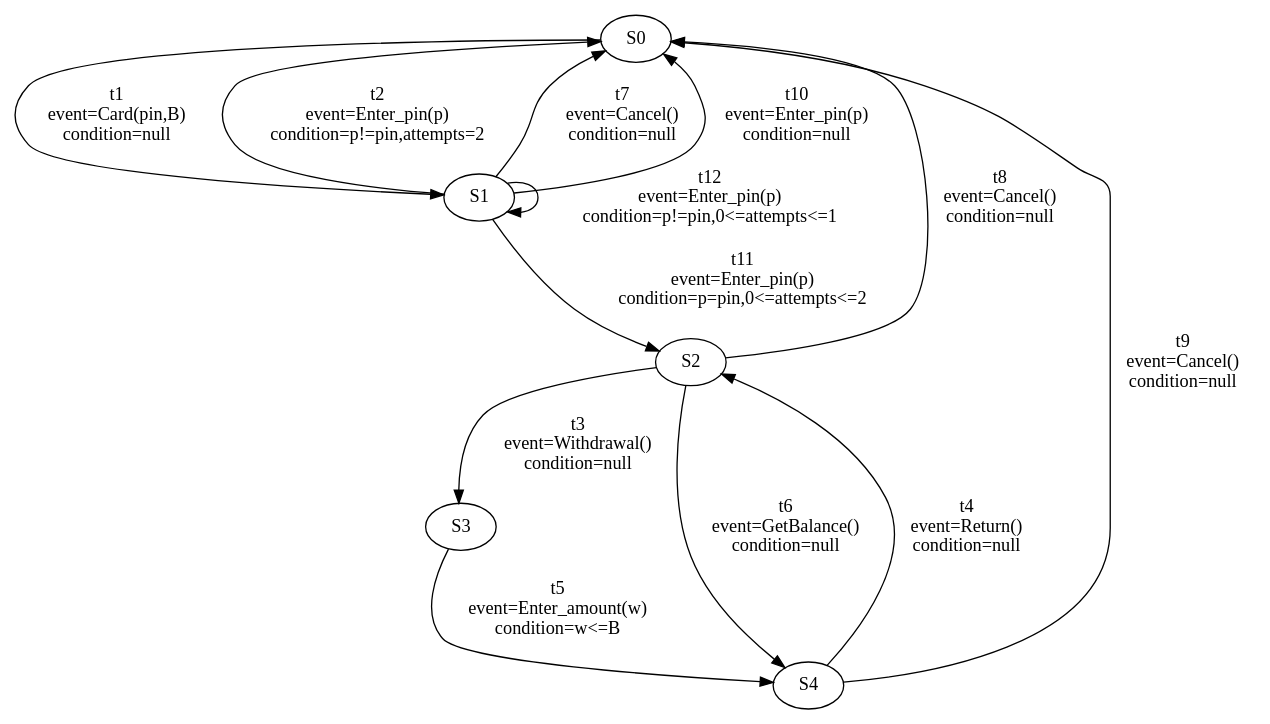
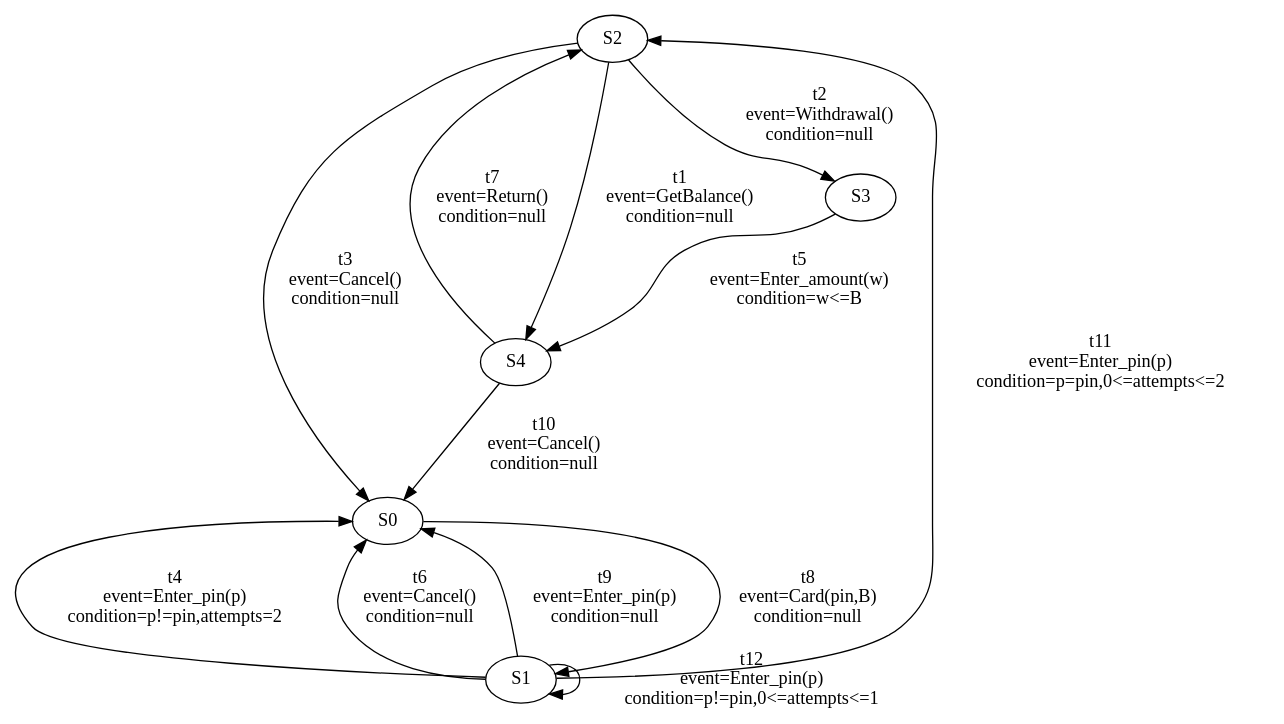
Before and after one commit to Catxiaobai/project: the diagram in server/file/result.dot, drawn with Graphviz. The commit also changed 47 other files, not shown here.

```diff
--- a/server/file/result.dot
+++ b/server/file/result.dot
@@ -1,38 +1,38 @@
 digraph g {
- S0 -> S1 [ label="t1
-event=Card(pin,B)
+ S2 -> S4 [ label="t1
+event=GetBalance()
 condition=null" ];
- S1 -> S0 [ label="t2
+ S2 -> S3 [ label="t2
+event=Withdrawal()
+condition=null" ];
+ S2 -> S0 [ label="t3
+event=Cancel()
+condition=null" ];
+ S1 -> S0 [ label="t4
 event=Enter_pin(p)
 condition=p!=pin,attempts=2" ];
- S2 -> S3 [ label="t3
-event=Withdrawal()
-condition=null" ];
- S4 -> S2 [ label="t4
-event=Return()
-condition=null" ];
  S3 -> S4 [ label="t5
 event=Enter_amount(w)
 condition=w<=B" ];
- S2 -> S4 [ label="t6
-event=GetBalance()
-condition=null" ];
- S1 -> S0 [ label="t7
+ S1 -> S0 [ label="t6
 event=Cancel()
 condition=null" ];
- S2 -> S0 [ label="t8
+ S4 -> S2 [ label="t7
+event=Return()
+condition=null" ];
+ S0 -> S1 [ label="t8
+event=Card(pin,B)
+condition=null" ];
+ S1 -> S0 [ label="t9
+event=Enter_pin(p)
+condition=null" ];
+ S4 -> S0 [ label="t10
 event=Cancel()
-condition=null" ];
- S4 -> S0 [ label="t9
-event=Cancel()
-condition=null" ];
- S1 -> S0 [ label="t10
-event=Enter_pin(p)
 condition=null" ];
  S1 -> S2 [ label="t11
 event=Enter_pin(p)
 condition=p=pin,0<=attempts<=2" ];
  S1 -> S1 [ label="t12
 event=Enter_pin(p)
 condition=p!=pin,0<=attempts<=1" ];
 }
```
